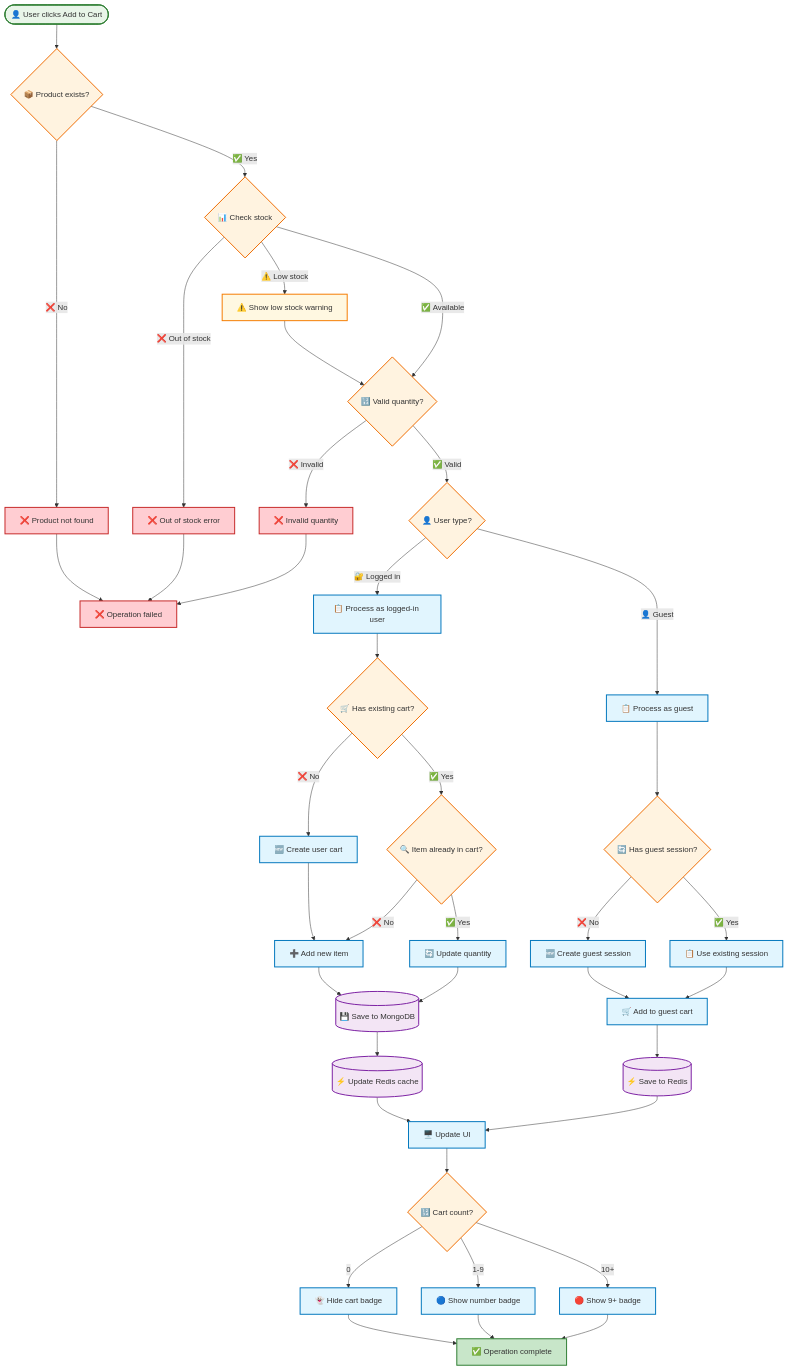
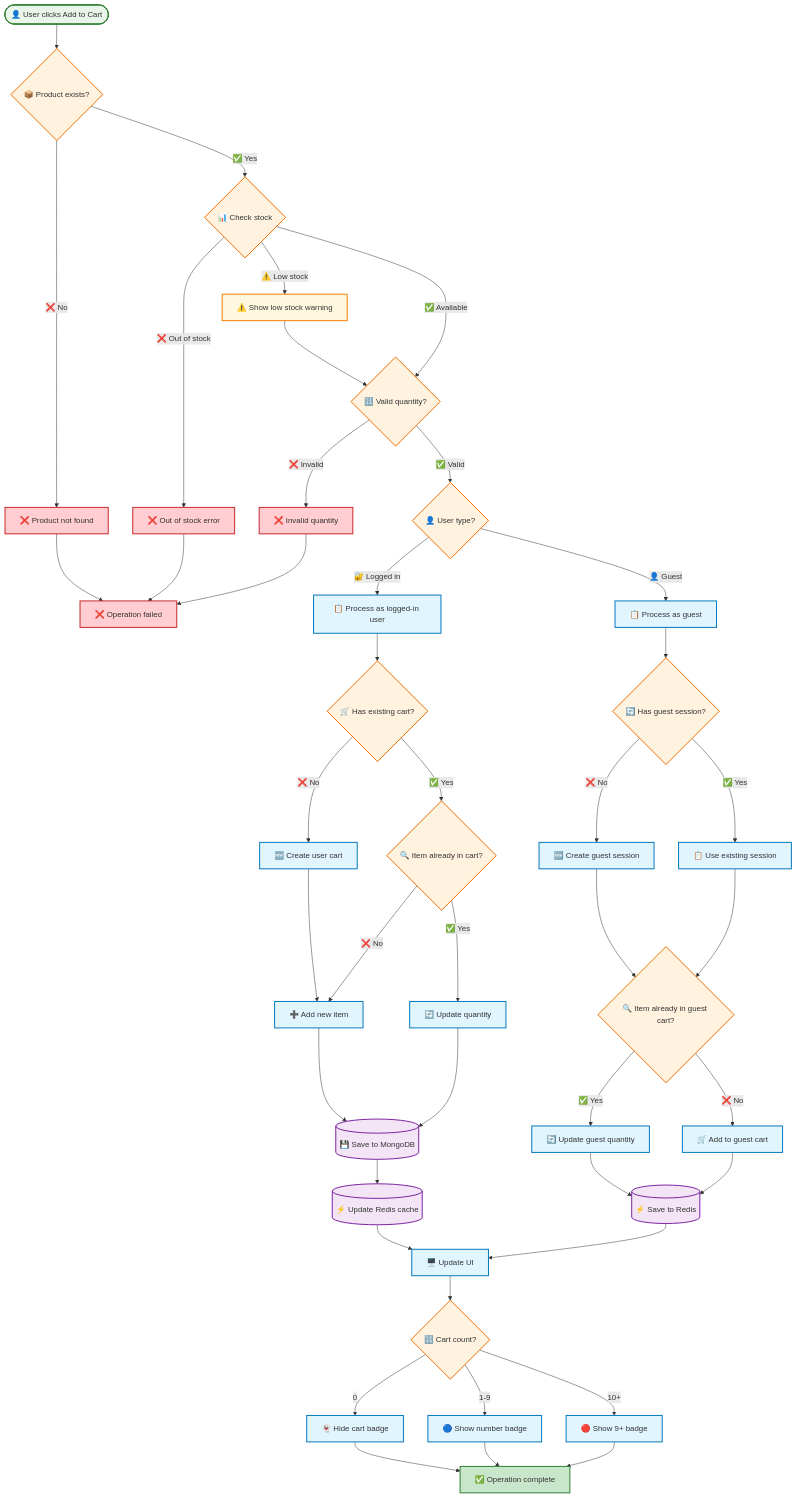
One commit to shmuelkapiloff/simple- changed the third of 16 diagrams in docs/SYSTEM_MAP.md. Above: the diagram before and after it, drawn with Mermaid. The commit also changed other lines of this file and 14 other files, not shown here.

````diff
--- a/docs/SYSTEM_MAP.md
+++ b/docs/SYSTEM_MAP.md
@@ -306,9 +318,12 @@
     GuestFlow --> CheckGuestSession{🔄 Has guest session?}
     CheckGuestSession -->|❌ No| CreateGuestSession[🆕 Create guest session]
     CheckGuestSession -->|✅ Yes| UseExistingSession[📋 Use existing session]
-    
-    CreateGuestSession --> AddToGuestCart[🛒 Add to guest cart]
-    UseExistingSession --> AddToGuestCart
+
+    CreateGuestSession --> CheckGuestExistingItem{🔍 Item already in guest cart?}
+    UseExistingSession --> CheckGuestExistingItem
+
+    CheckGuestExistingItem -->|✅ Yes| UpdateGuestQuantity[🔄 Update guest quantity]
+    CheckGuestExistingItem -->|❌ No| AddToGuestCart[🛒 Add to guest cart]
     
     %% Logged-in Flow
     LoggedInFlow --> CheckUserCart{🛒 Has existing cart?}
@@ -322,6 +337,7 @@
     
     %% Cart Operations
     AddToGuestCart --> SaveToRedis[(⚡ Save to Redis)]
+    UpdateGuestQuantity --> SaveToRedis
     AddNewItem --> SaveToMongoDB[(💾 Save to MongoDB)]
     UpdateQuantity --> SaveToMongoDB
     
@@ -355,10 +371,10 @@
     classDef start fill:#e8f5e8,stroke:#2e7d32,stroke-width:2px
 
     class UserAction start
-    class CheckProduct,CheckStock,CheckQuantity,CheckUser,CheckGuestSession,CheckUserCart,CheckExistingItem,CheckCartCount decision
+    class CheckProduct,CheckStock,CheckQuantity,CheckUser,CheckGuestSession,CheckGuestExistingItem,CheckUserCart,CheckExistingItem,CheckCartCount decision
     class ProductError,StockError,QuantityError,ErrorEnd error
     class LowStockWarning warning
-    class LoggedInFlow,GuestFlow,CreateGuestSession,UseExistingSession,CreateUserCart,AddNewItem,UpdateQuantity,AddToGuestCart,UpdateUI,HideCartBadge,ShowSimpleBadge,ShowPlusBadge process
+    class LoggedInFlow,GuestFlow,CreateGuestSession,UseExistingSession,UpdateGuestQuantity,CreateUserCart,AddNewItem,UpdateQuantity,AddToGuestCart,UpdateUI,HideCartBadge,ShowSimpleBadge,ShowPlusBadge process
     class SaveToRedis,SaveToMongoDB,UpdateRedisCache database
     class Success success
 ```
````
